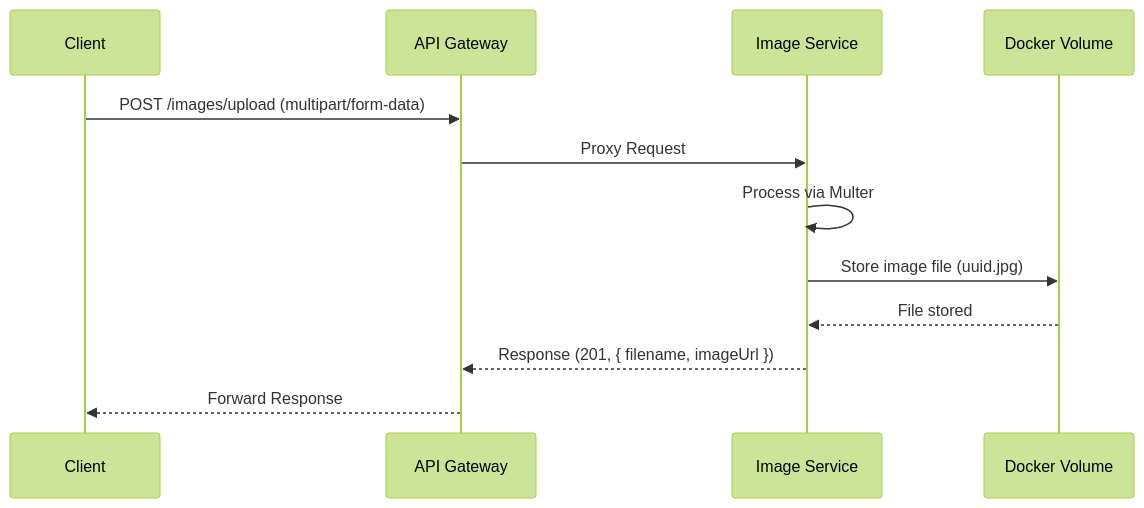
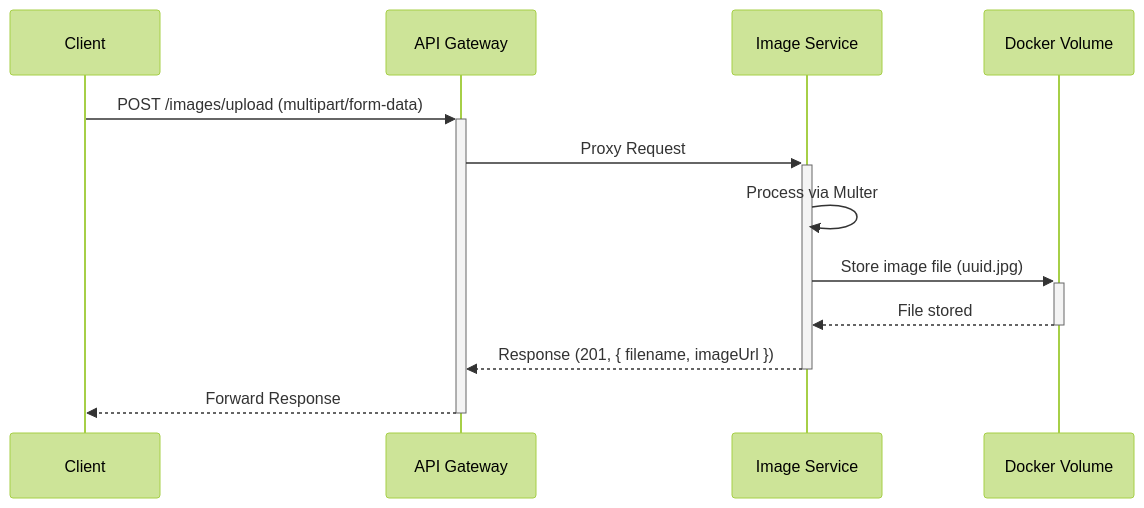
The fifth of 9 diagrams in apiDocumentation.md (HarcheSamir/esisba-lirmm-ecommerce), drawn with Mermaid (forest theme) before and after one commit. The commit also changed other lines of this file, not shown here.

````diff
--- a/apiDocumentation.md
+++ b/apiDocumentation.md
@@ -235,10 +254,15 @@
 ```mermaid
 sequenceDiagram
-    Client->>API Gateway: POST /images/upload (multipart/form-data)
-    API Gateway->>Image Service: Proxy Request
-    Image Service->>Image Service: Process via Multer
-    Image Service->>Docker Volume: Store image file (uuid.jpg)
-    Docker Volume-->>Image Service: File stored
-    Image Service-->>API Gateway: Response (201, { filename, imageUrl })
-    API Gateway-->>Client: Forward Response
+    participant Client
+    participant APIGW as API Gateway
+    participant ImageSvc as Image Service
+    participant Volume as Docker Volume
+
+    Client->>+APIGW: POST /images/upload (multipart/form-data)
+    APIGW->>+ImageSvc: Proxy Request
+    ImageSvc->>ImageSvc: Process via Multer
+    ImageSvc->>+Volume: Store image file (uuid.jpg)
+    Volume-->>-ImageSvc: File stored
+    ImageSvc-->>-APIGW: Response (201, { filename, imageUrl })
+    APIGW-->>-Client: Forward Response
 ```
````
